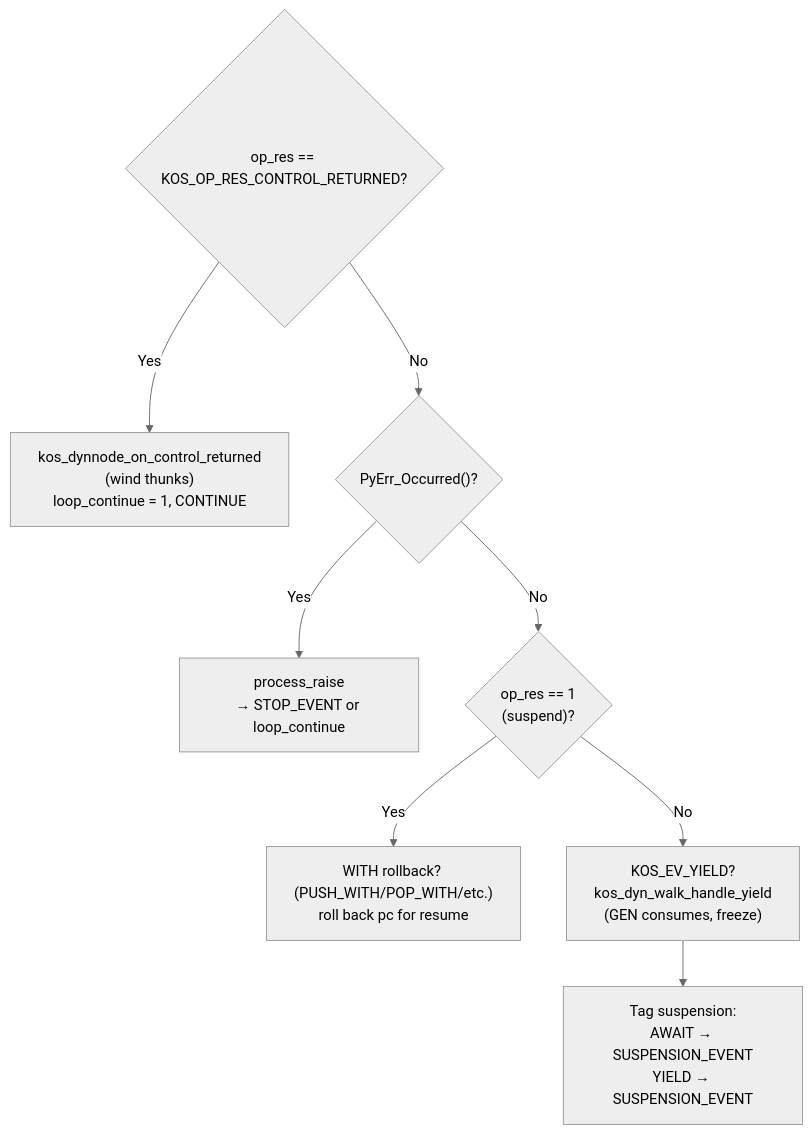
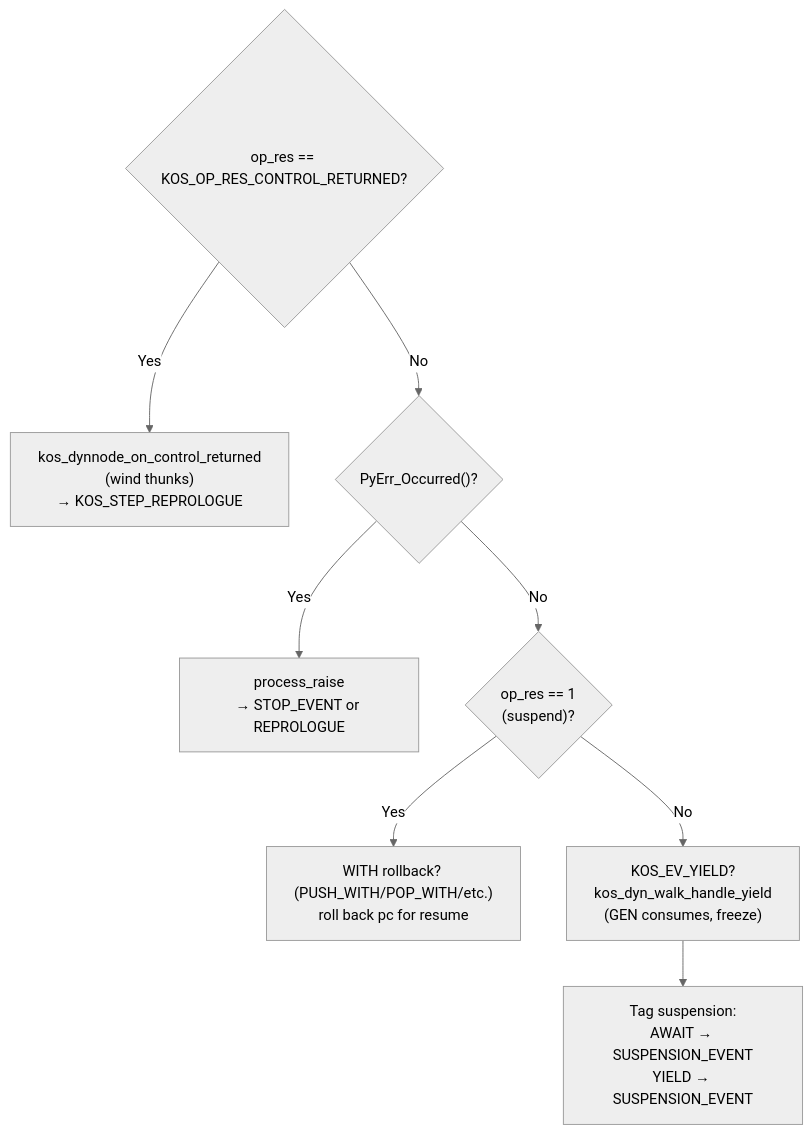
One commit to koskari-lang/koskari changed the sixth of 10 diagrams in design/EVALUATOR.md. Above: the diagram before and after it, drawn with Mermaid (neutral theme). The commit also changed other lines of this file and 3 other files, not shown here.

First line of the commit message:
Add KOS_STEP_REPROLOGUE; drop loop_continue from eval helpers

````diff
--- a/design/EVALUATOR.md
+++ b/design/EVALUATOR.md
@@ -178,19 +178,19 @@
 ```mermaid
 flowchart TD
     control{"op_res == KOS_OP_RES_CONTROL_RETURNED?"}
-    ctrl_returned["kos_dynnode_on_control_returned<br/>(wind thunks)<br/>loop_continue = 1, CONTINUE"]
+    ctrl_returned["kos_dynnode_on_control_returned<br/>(wind thunks)<br/>→ KOS_STEP_REPROLOGUE"]
     pyerr{"PyErr_Occurred()?"}
-    process["process_raise<br/>→ STOP_EVENT or loop_continue"]
+    process["process_raise<br/>→ STOP_EVENT or REPROLOGUE"]
     suspend{"op_res == 1<br/>(suspend)?"}
     with_rollback["WITH rollback? (PUSH_WITH/POP_WITH/etc.)<br/>roll back pc for resume"]
     yield_walk["KOS_EV_YIELD?<br/>kos_dyn_walk_handle_yield<br/>(GEN consumes, freeze)"]
     tag["Tag suspension:<br/>AWAIT → SUSPENSION_EVENT<br/>YIELD → SUSPENSION_EVENT"]
 
     control -->|Yes| ctrl_returned
     control -->|No| pyerr
     pyerr -->|Yes| process
     pyerr -->|No| suspend
     suspend -->|Yes| with_rollback
     suspend -->|No| yield_walk
     yield_walk --> tag
 ```
````
